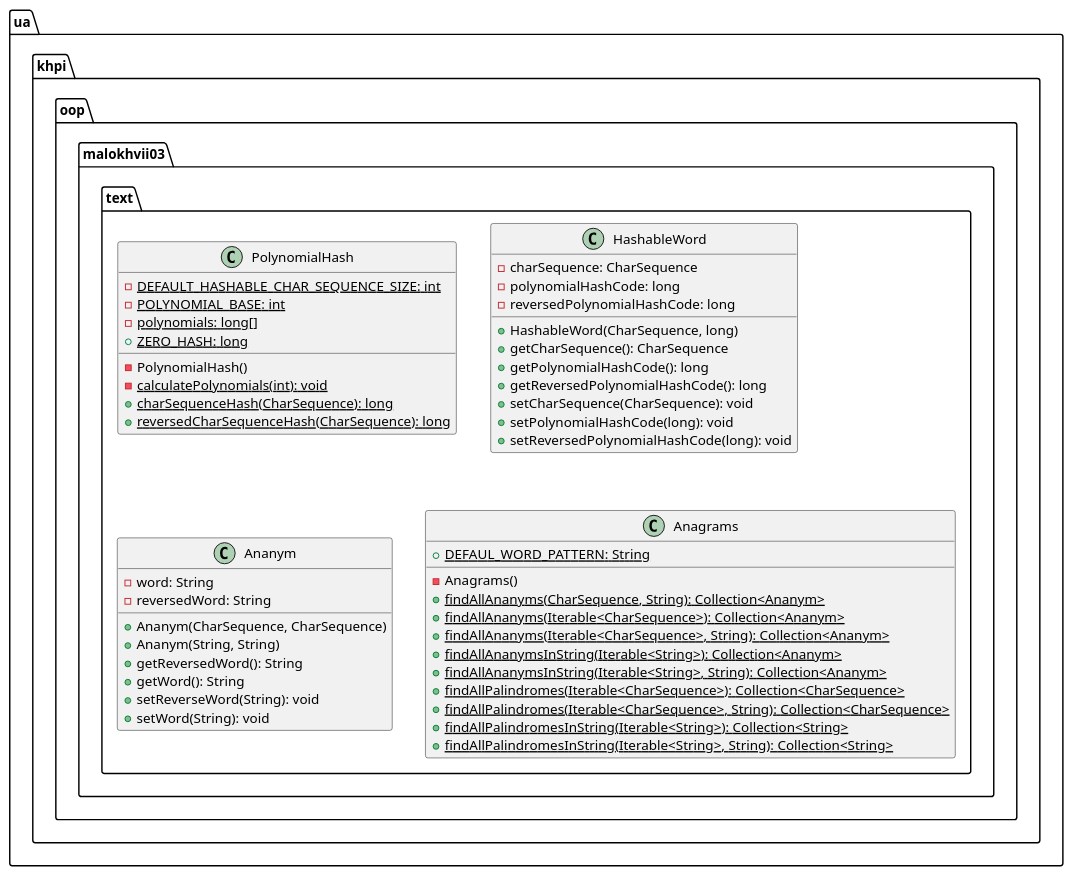
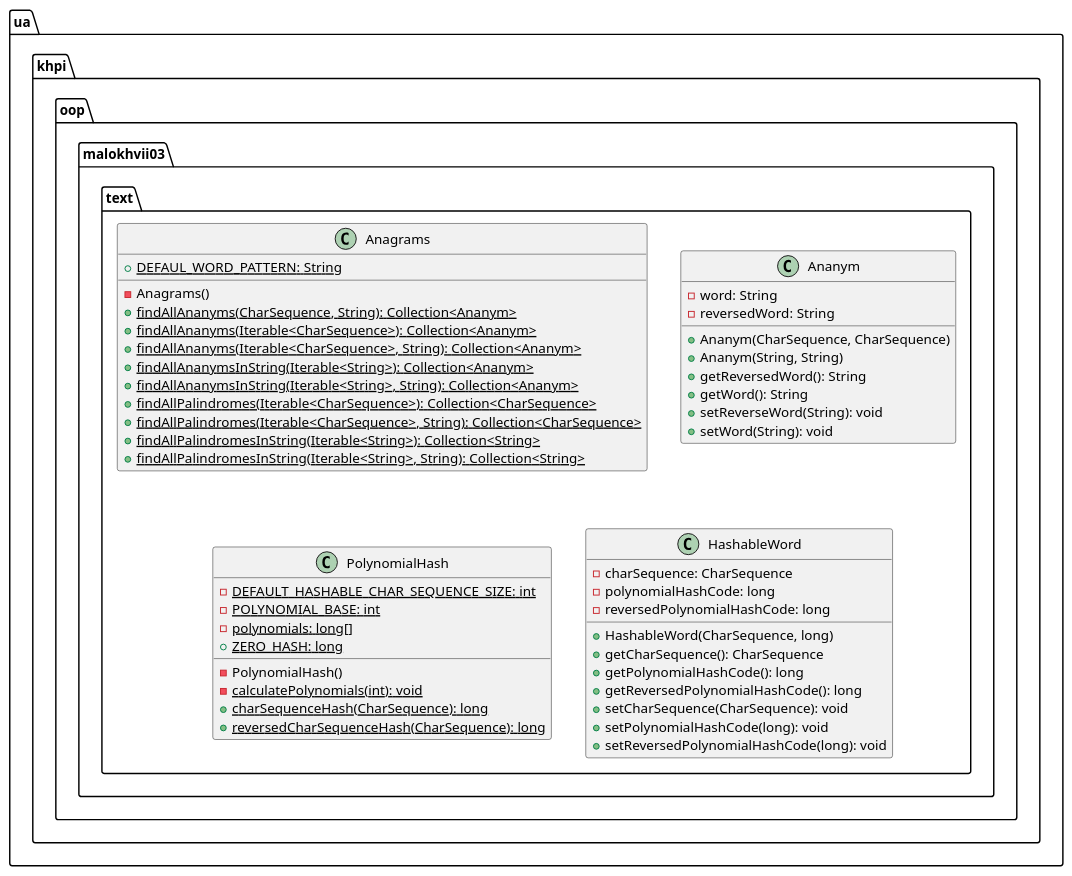
One commit to P-Kalin/kit26a changed the diagram in malokhvii-eduard/malokhvii03/doc/plantuml/ua/khpi/oop/malokhvii03/text/package.puml. Above: the diagram before and after it, drawn with PlantUML. The commit also changed other lines of this file and 9 other files, not shown here.

Commit message:
#2 malokhvii03: update graphs

```diff
--- a/malokhvii-eduard/malokhvii03/doc/plantuml/ua/khpi/oop/malokhvii03/text/package.puml
+++ b/malokhvii-eduard/malokhvii03/doc/plantuml/ua/khpi/oop/malokhvii03/text/package.puml
@@ -1,56 +1,56 @@
 @startuml
 
     namespace ua.khpi.oop.malokhvii03.text {
+
+        class Anagrams {
+            {static} +DEFAUL_WORD_PATTERN: String
+            -Anagrams()
+            {static} +findAllAnanyms(CharSequence, String): Collection<Ananym>
+            {static} +findAllAnanyms(Iterable<CharSequence>): Collection<Ananym>
+            {static} +findAllAnanyms(Iterable<CharSequence>, String): Collection<Ananym>
+            {static} +findAllAnanymsInString(Iterable<String>): Collection<Ananym>
+            {static} +findAllAnanymsInString(Iterable<String>, String): Collection<Ananym>
+            {static} +findAllPalindromes(Iterable<CharSequence>): Collection<CharSequence>
+            {static} +findAllPalindromes(Iterable<CharSequence>, String): Collection<CharSequence>
+            {static} +findAllPalindromesInString(Iterable<String>): Collection<String>
+            {static} +findAllPalindromesInString(Iterable<String>, String): Collection<String>
+        }
+
+        class Ananym {
+            -word: String
+            -reversedWord: String
+            +Ananym(CharSequence, CharSequence)
+            +Ananym(String, String)
+            +getReversedWord(): String
+            +getWord(): String
+            +setReverseWord(String): void
+            +setWord(String): void
+        }
 
         class PolynomialHash {
             {static} -DEFAULT_HASHABLE_CHAR_SEQUENCE_SIZE: int
             {static} -POLYNOMIAL_BASE: int
             {static} -polynomials: long[]
             {static} +ZERO_HASH: long
             -PolynomialHash()
             {static} -calculatePolynomials(int): void
             {static} +charSequenceHash(CharSequence): long
             {static} +reversedCharSequenceHash(CharSequence): long
         }
 
         class HashableWord {
             -charSequence: CharSequence
             -polynomialHashCode: long
             -reversedPolynomialHashCode: long
             +HashableWord(CharSequence, long)
             +getCharSequence(): CharSequence
             +getPolynomialHashCode(): long
             +getReversedPolynomialHashCode(): long
             +setCharSequence(CharSequence): void
             +setPolynomialHashCode(long): void
             +setReversedPolynomialHashCode(long): void
         }
 
-        class Ananym {
-            -word: String
-            -reversedWord: String
-            +Ananym(CharSequence, CharSequence)
-            +Ananym(String, String)
-            +getReversedWord(): String
-            +getWord(): String
-            +setReverseWord(String): void
-            +setWord(String): void
-        }
-
-        class Anagrams {
-            {static} +DEFAUL_WORD_PATTERN: String
-            -Anagrams()
-            {static} +findAllAnanyms(CharSequence, String): Collection<Ananym>
-            {static} +findAllAnanyms(Iterable<CharSequence>): Collection<Ananym>
-            {static} +findAllAnanyms(Iterable<CharSequence>, String): Collection<Ananym>
-            {static} +findAllAnanymsInString(Iterable<String>): Collection<Ananym>
-            {static} +findAllAnanymsInString(Iterable<String>, String): Collection<Ananym>
-            {static} +findAllPalindromes(Iterable<CharSequence>): Collection<CharSequence>
-            {static} +findAllPalindromes(Iterable<CharSequence>, String): Collection<CharSequence>
-            {static} +findAllPalindromesInString(Iterable<String>): Collection<String>
-            {static} +findAllPalindromesInString(Iterable<String>, String): Collection<String>
-        }
-
     }
 
 @enduml
```
